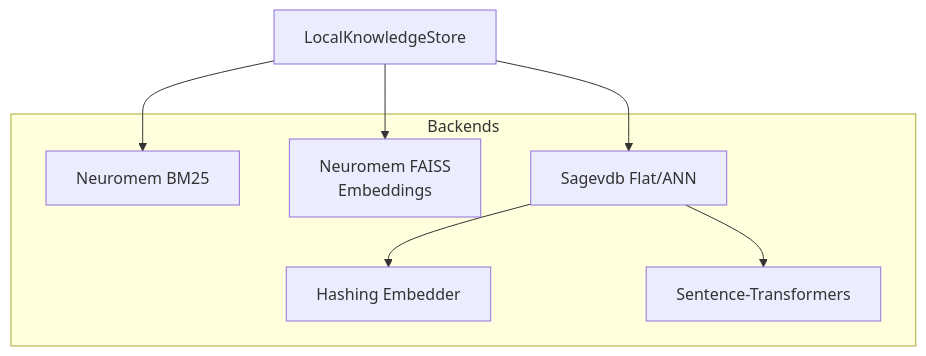
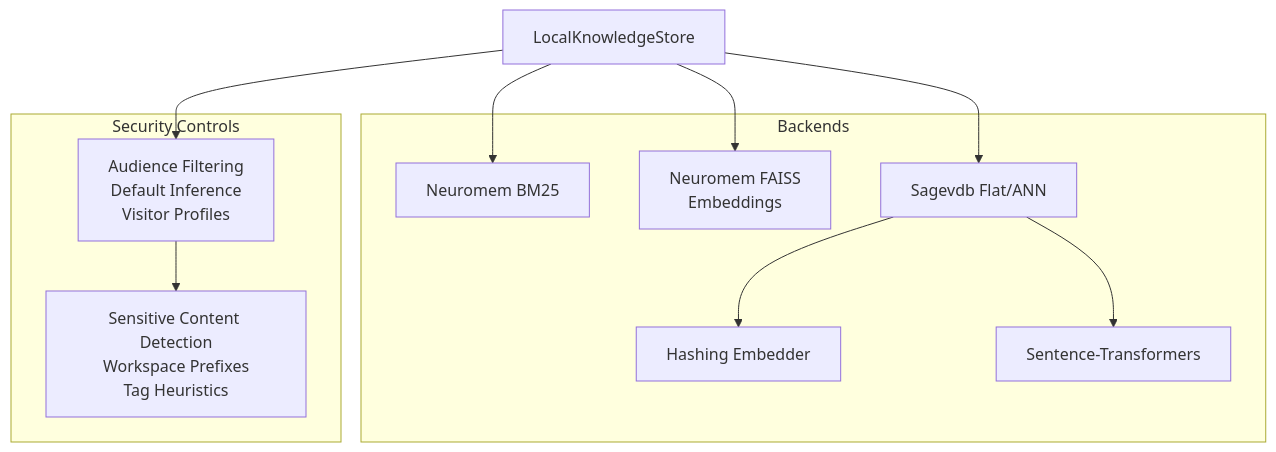
One commit to intellistream/sage-mate changed the second of 9 diagrams in .qoder/repowiki/en/content/Knowledge Management/Knowledge Management.md. Above: the diagram before and after it, drawn with Mermaid. The commit also changed other lines of this file and 121 other files, not shown here.

````diff
--- a/.qoder/repowiki/en/content/Knowledge Management/Knowledge Management.md
+++ b/.qoder/repowiki/en/content/Knowledge Management/Knowledge Management.md
@@ -105,16 +122,22 @@
 ```mermaid
 graph TB
 subgraph "Backends"
 NEURO["Neuromem BM25"]
 NEURO_E["Neuromem FAISS<br/>Embeddings"]
 SAGE["Sagevdb Flat/ANN"]
 HASH["Hashing Embedder"]
 ST["Sentence-Transformers"]
 end
+subgraph "Security Controls"
+AUDIENCE["Audience Filtering<br/>Default Inference<br/>Visitor Profiles"]
+SENSITIVE["Sensitive Content Detection<br/>Workspace Prefixes<br/>Tag Heuristics"]
+end
 KB["LocalKnowledgeStore"]
 KB --> NEURO
 KB --> NEURO_E
 KB --> SAGE
+KB --> AUDIENCE
 SAGE --> HASH
 SAGE --> ST
+AUDIENCE --> SENSITIVE
 ```
````
